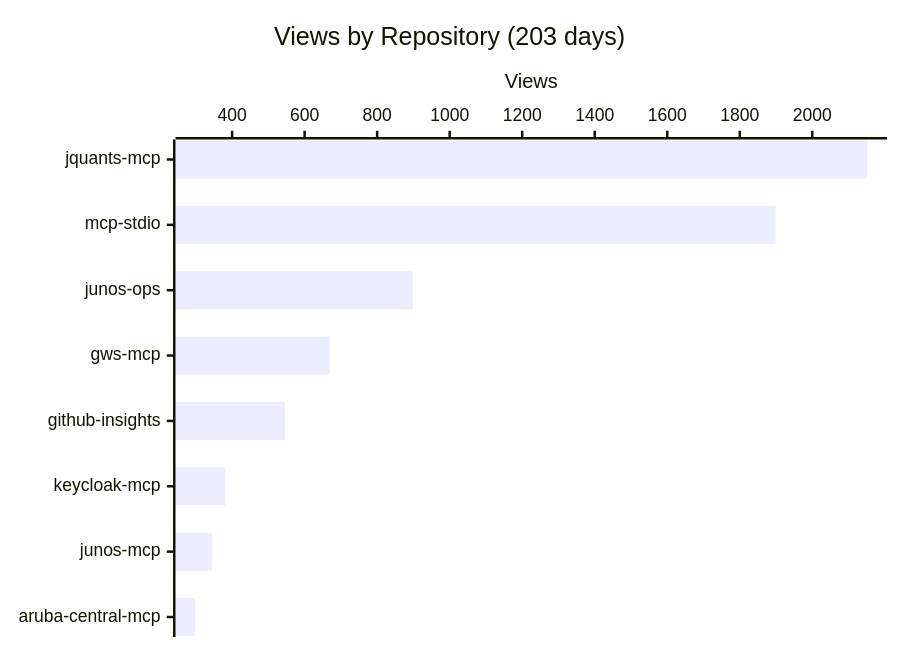
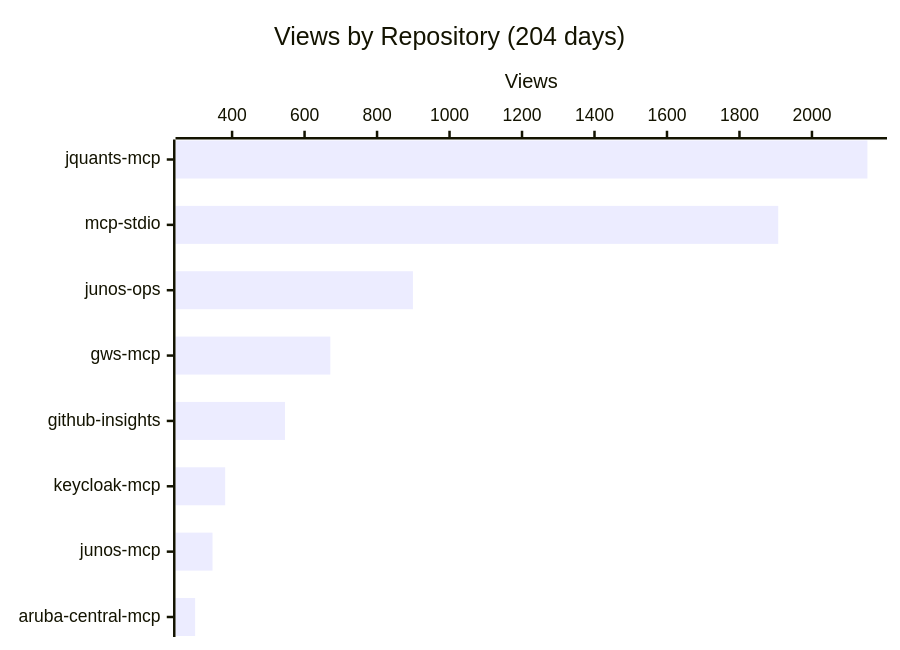
One commit to shigechika/github-insights changed the first of 4 diagrams in README.md. Above: the diagram before and after it, drawn with Mermaid. The commit also changed other lines of this file and 2 other files, not shown here.

````diff
--- a/README.md
+++ b/README.md
@@ -18,7 +18,7 @@
 ```mermaid
 xychart-beta horizontal
-    title "Views by Repository (203 days)"
+    title "Views by Repository (204 days)"
     x-axis ["jquants-mcp", "mcp-stdio", "junos-ops", "gws-mcp", "github-insights", "keycloak-mcp", "junos-mcp", "aruba-central-mcp"]
     y-axis "Views"
-    bar [2152, 1899, 898, 669, 546, 381, 345, 298]
+    bar [2153, 1907, 899, 671, 546, 381, 346, 298]
 ```
````
